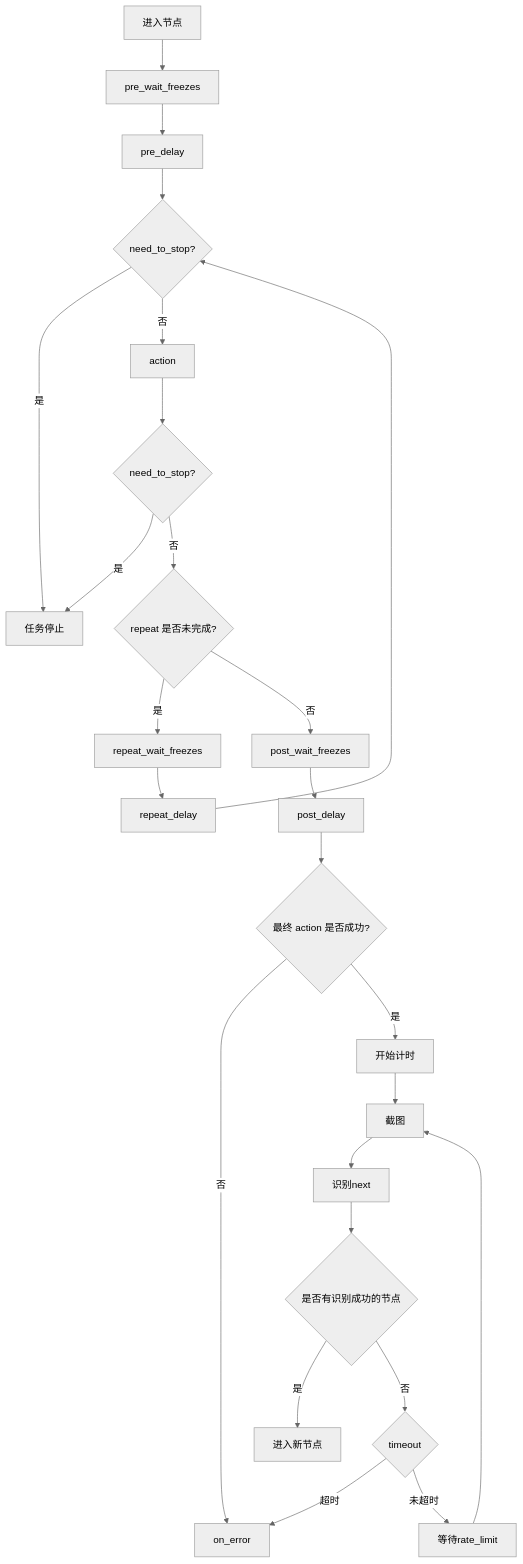
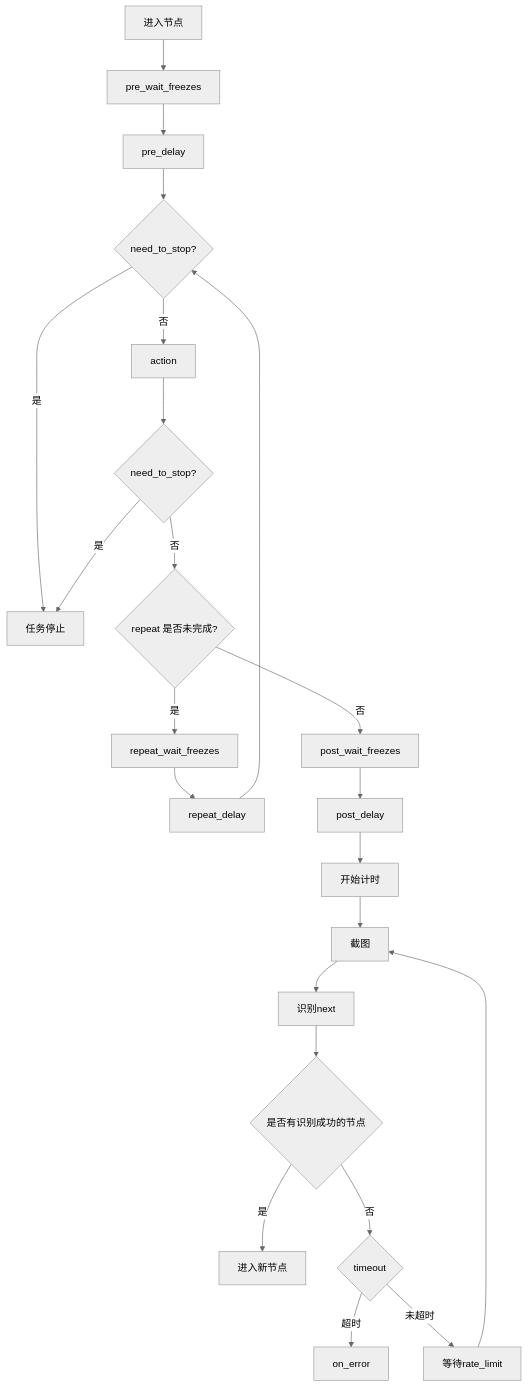
Before and after one commit to MaaXYZ/MaaFramework: the fourth of 5 diagrams in docs/zh_cn/3.1-任务流水线协议.md, drawn with Mermaid (neutral theme). The commit also changed other lines of this file and 1 other file, not shown here.

````diff
--- a/docs/zh_cn/3.1-任务流水线协议.md
+++ b/docs/zh_cn/3.1-任务流水线协议.md
@@ -306,27 +306,25 @@
 ```mermaid
     graph TB
         A[进入节点] --> B[pre_wait_freezes]
         B --> C[pre_delay]
         C --> S0{need_to_stop?}
         S0 -->|是| T[任务停止]
         S0 -->|否| D[action]
         D --> S{need_to_stop?}
         S -->|是| T
         S -->|否| M{repeat 是否未完成?}
         M -->|是| N[repeat_wait_freezes]
         N --> O[repeat_delay]
         O --> S0
         M -->|否| E[post_wait_freezes]
         E --> F[post_delay]
-        F --> R{最终 action 是否成功?}
-        R -->|否| K[on_error]
-        R -->|是| Q[开始计时]
+        F --> Q[开始计时]
         Q --> P[截图]
         P --> G[识别next]
         G --> H{是否有识别成功的节点}
         H -->|是| I[进入新节点]
         H -->|否| J{timeout}
         J -->|超时| K[on_error]
         J -->|未超时| L[等待rate_limit]
         L --> P
 ```
````
